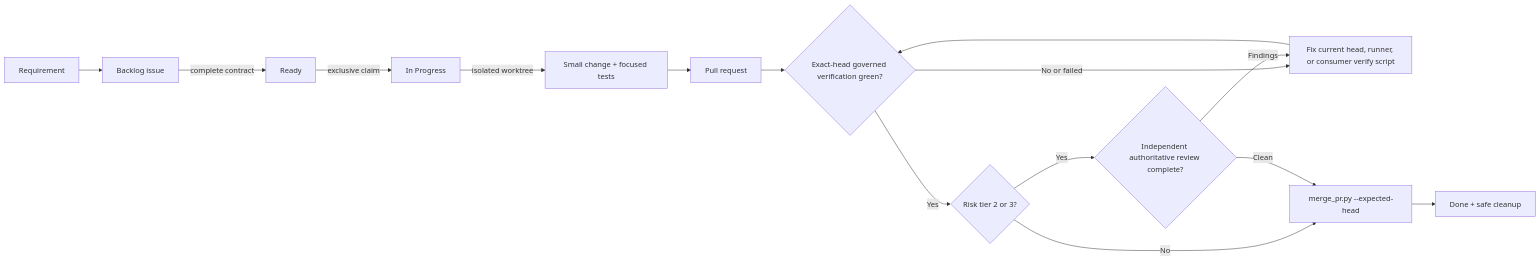
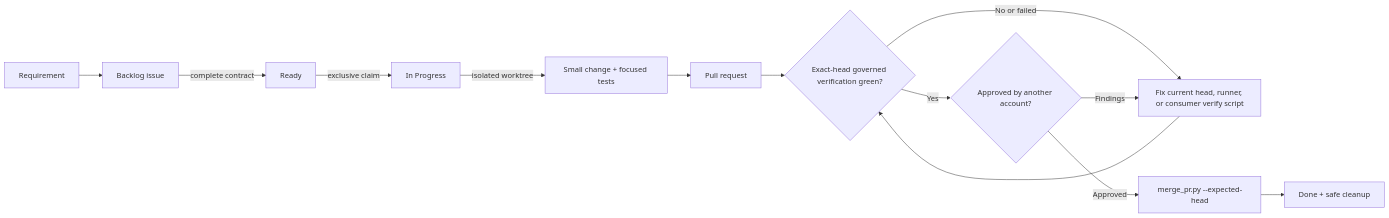
The first of 2 diagrams in README.md (gillella/Aru_Agentic_SDLC), drawn with Mermaid before and after one commit. The commit also changed other lines of this file and 89 other files, not shown here.

First line of the commit message:
feat(review): require one approval from another account

````diff
--- a/README.md
+++ b/README.md
@@ -44,17 +44,15 @@
 ```mermaid
 flowchart LR
     R[Requirement] --> B[Backlog issue]
     B -->|complete contract| RD[Ready]
     RD -->|exclusive claim| IP[In Progress]
     IP -->|isolated worktree| CODE[Small change + focused tests]
     CODE --> PR[Pull request]
     PR --> VERIFY{Exact-head governed verification green?}
     VERIFY -->|No or failed| FIX[Fix current head, runner, or consumer verify script]
     FIX --> VERIFY
-    VERIFY -->|Yes| RISK{Risk tier 2 or 3?}
-    RISK -->|No| MERGE[merge_pr.py --expected-head]
-    RISK -->|Yes| REV{Independent authoritative review complete?}
+    VERIFY -->|Yes| REV{Approved by another account?}
     REV -->|Findings| FIX
-    REV -->|Clean| MERGE
+    REV -->|Approved| MERGE[merge_pr.py --expected-head]
     MERGE --> DONE[Done + safe cleanup]
 ```
````
